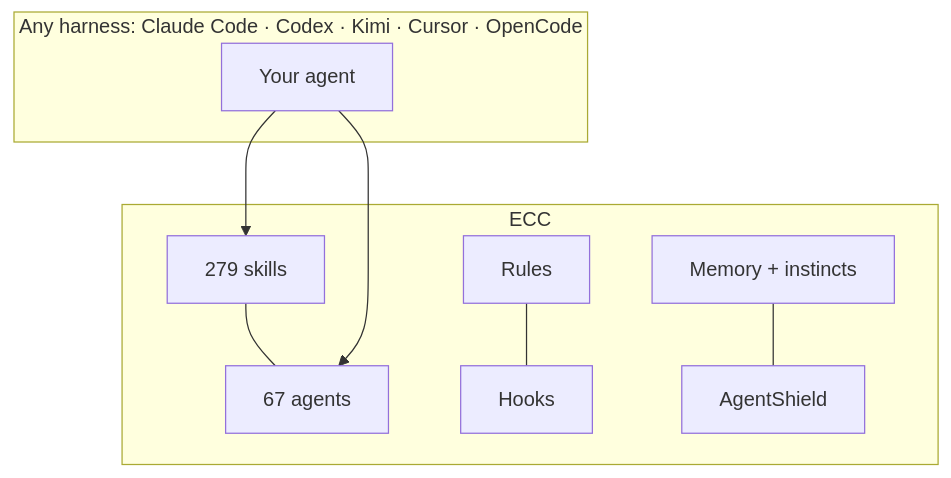
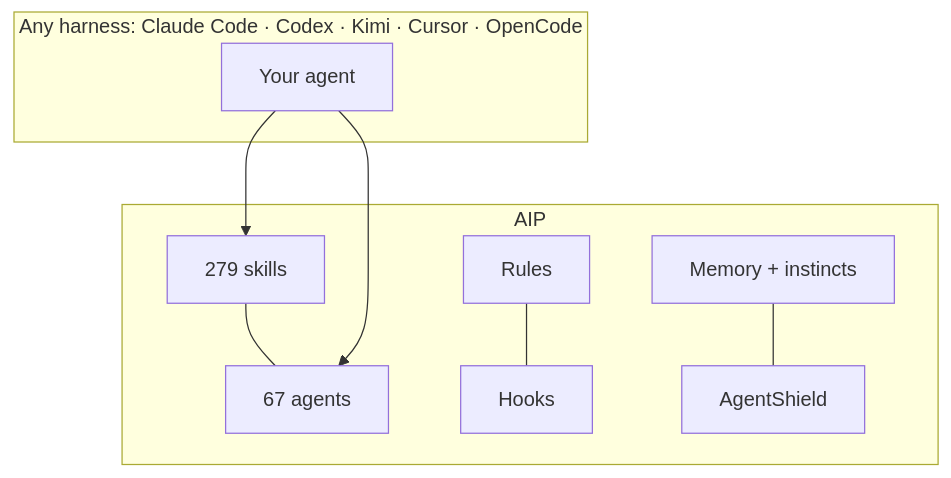
One commit to idrisvale-dev/AIP changed the second of 3 diagrams in docs/releases/2.1.0/plan-canvas-demo.plan.md. Above: the diagram before and after it, drawn with Mermaid. The commit also changed other lines of this file and 1714 other files, not shown here.

First line of the commit message:
Rename ECC to AIP across the codebase

````diff
--- a/docs/releases/2.1.0/plan-canvas-demo.plan.md
+++ b/docs/releases/2.1.0/plan-canvas-demo.plan.md
@@ -29,13 +29,13 @@
 ```mermaid
 flowchart TB
   subgraph Harness["Any harness: Claude Code · Codex · Kimi · Cursor · OpenCode"]
     A[Your agent]
   end
-  subgraph ECC["ECC"]
+  subgraph AIP["AIP"]
     SK[279 skills] --- AG[67 agents]
     RU[Rules] --- HO[Hooks]
     ME[Memory + instincts] --- AS[AgentShield]
   end
   A --> SK
   A --> AG
 ```
````
